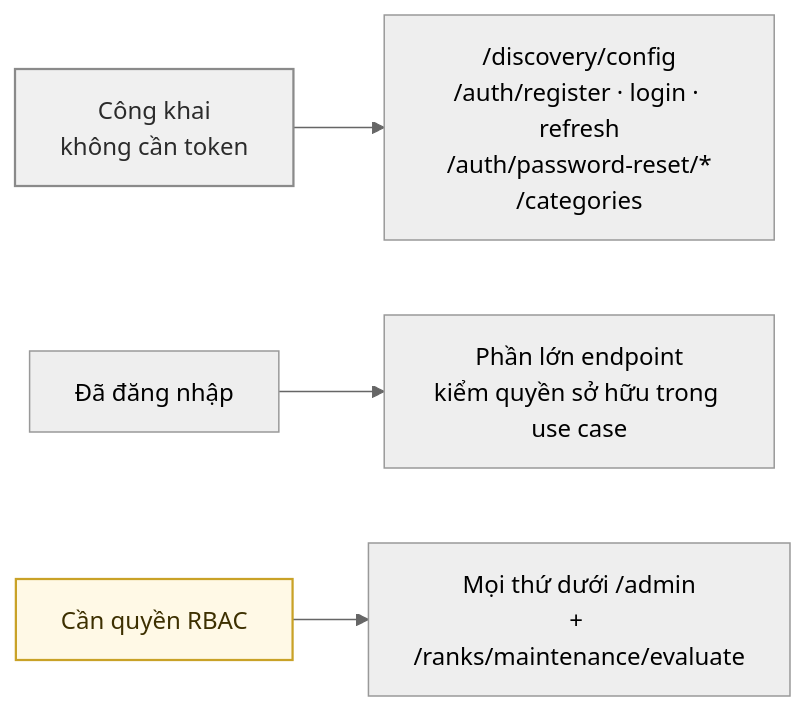
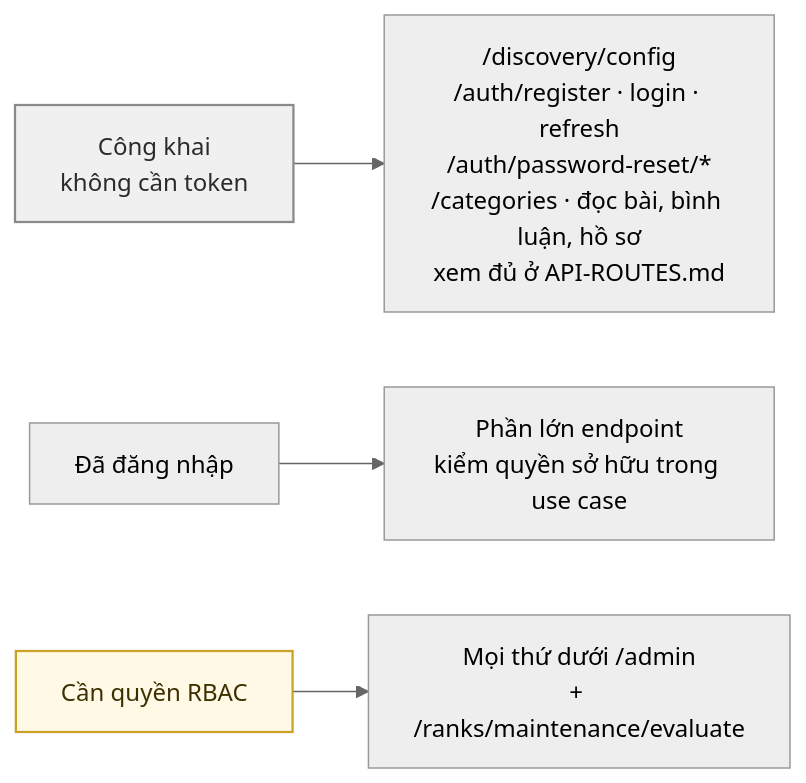
Before and after one commit to fdshn/trueheart: the first of 2 diagrams in docs/diagram/30-endpoint-matrix.md, drawn with Mermaid (neutral theme). The commit also changed other lines of this file and 49 other files, not shown here.

````diff
--- a/docs/diagram/30-endpoint-matrix.md
+++ b/docs/diagram/30-endpoint-matrix.md
@@ -16,9 +22,9 @@
 ```mermaid
 flowchart LR
-    A["Công khai<br/>không cần token"] --> A1["/discovery/config<br/>/auth/register · login · refresh<br/>/auth/password-reset/*<br/>/categories"]
+    A["Công khai<br/>không cần token"] --> A1["/discovery/config<br/>/auth/register · login · refresh<br/>/auth/password-reset/*<br/>/categories · đọc bài, bình luận, hồ sơ<br/>xem đủ ở API-ROUTES.md"]
     B["Đã đăng nhập"] --> B1["Phần lớn endpoint<br/>kiểm quyền sở hữu trong use case"]
     C["Cần quyền RBAC"] --> C1["Mọi thứ dưới /admin<br/>+ /ranks/maintenance/evaluate"]
 
     style A fill:#f0f0f0,stroke:#8a8a8a,stroke-width:1.5px,color:#2b2b2b
     style C fill:#fff9e6,stroke:#c9a227,stroke-width:1.5px,color:#3d3000
 ```
````
